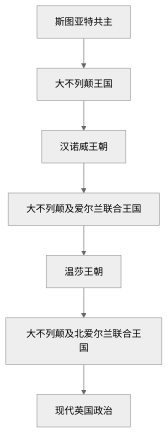
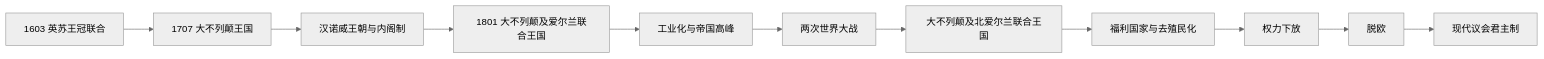
One commit to tianlan-dev/learning-notes changed the diagram in 人文科学/历史/欧洲/不列颠群岛/联合王国/README.md. Above: the diagram before and after it, drawn with Mermaid (neutral theme). The commit also changed other lines of this file and 1417 other files, not shown here.

````diff
--- a/人文科学/历史/欧洲/不列颠群岛/联合王国/README.md
+++ b/人文科学/历史/欧洲/不列颠群岛/联合王国/README.md
@@ -14,9 +15,13 @@
 ```mermaid
-flowchart TD
-    Stuart["斯图亚特共主"] --> GB["大不列颠王国"]
-    GB --> Hanover["汉诺威王朝"]
-    Hanover --> UK1801["大不列颠及爱尔兰联合王国"]
-    UK1801 --> Windsor["温莎王朝"]
-    Windsor --> UK1922["大不列颠及北爱尔兰联合王国"]
-    UK1922 --> Modern["现代英国政治"]
+flowchart LR
+    Crowns["1603 英苏王冠联合"] --> GB["1707 大不列颠王国"]
+    GB --> Hanover["汉诺威王朝与内阁制"]
+    Hanover --> UKI["1801 大不列颠及爱尔兰联合王国"]
+    UKI --> Empire["工业化与帝国高峰"]
+    Empire --> War["两次世界大战"]
+    War --> UKNI["大不列颠及北爱尔兰联合王国"]
+    UKNI --> Welfare["福利国家与去殖民化"]
+    Welfare --> Devolution["权力下放"]
+    Devolution --> Brexit["脱欧"]
+    Brexit --> Present["现代议会君主制"]
 ```
````
